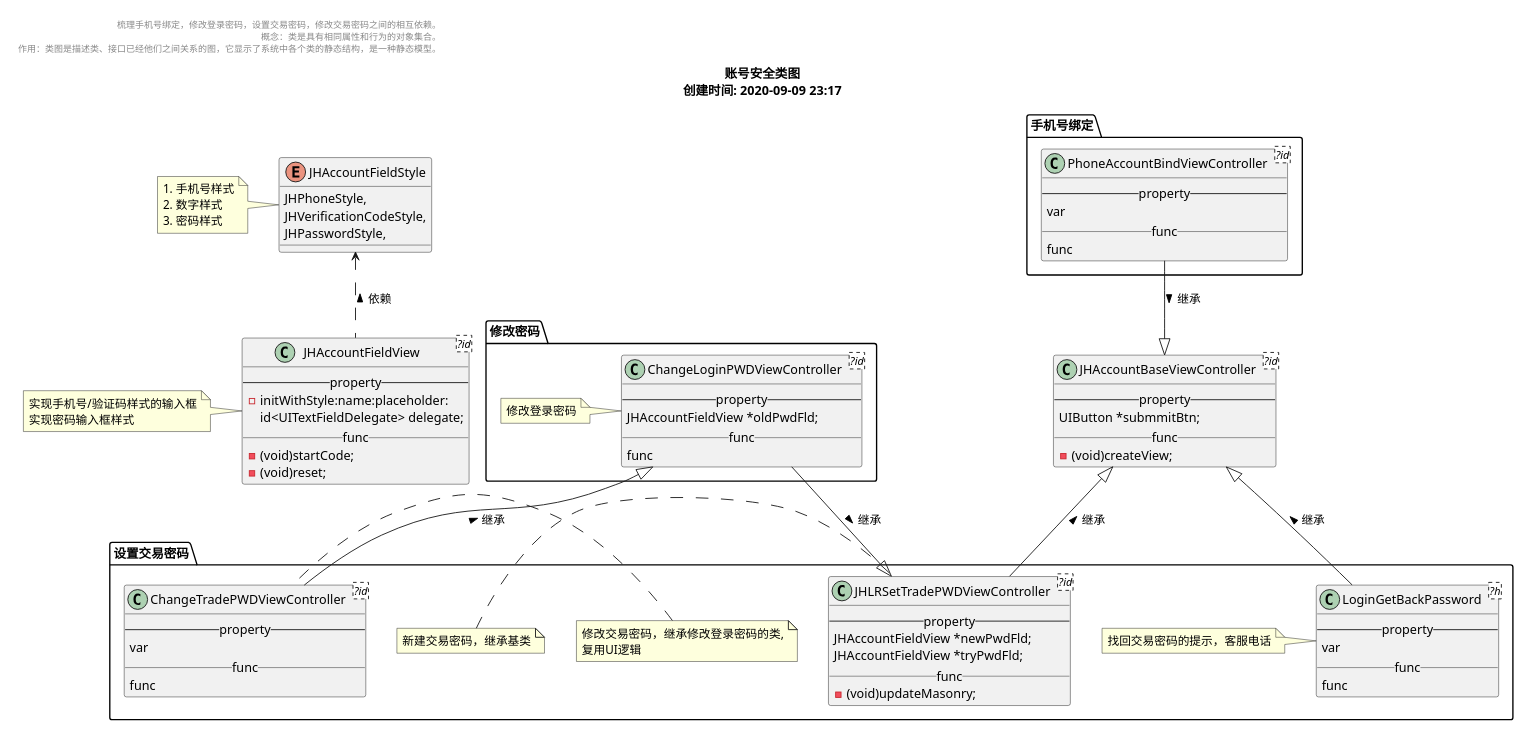
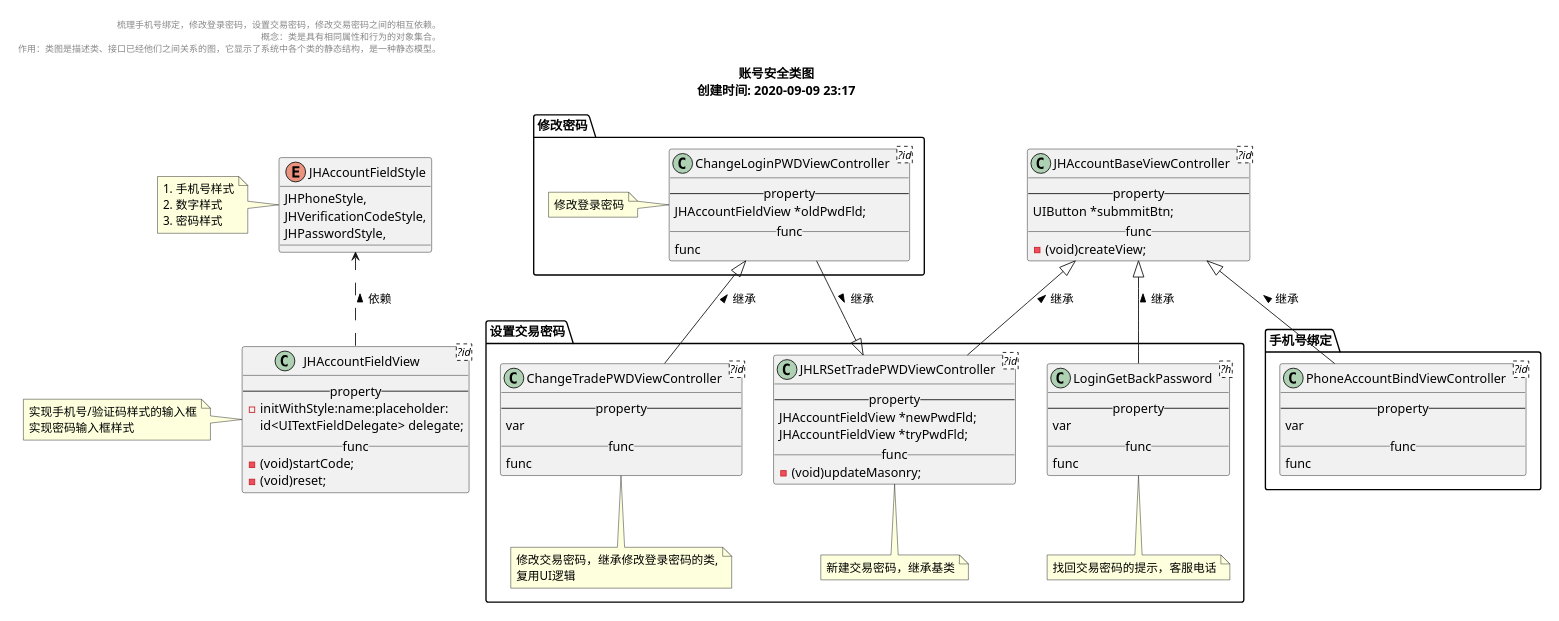
One commit to iT-Boyer/iDocs changed the diagram in uml/skinTheme/account-cls.plantuml. Above: the diagram before and after it, drawn with PlantUML.

Commit message:
功能点：update 问题：

```diff
--- a/uml/skinTheme/account-cls.plantuml
+++ b/uml/skinTheme/account-cls.plantuml
@@ -1,104 +1,104 @@
 @startuml
 scale 0.5
 page 1x1
 title
         账号安全类图
         创建时间: 2020-09-09 23:17
         endtitle
         left header
                 梳理手机号绑定，修改登录密码，设置交易密码，修改交易密码之间的相互依赖。
                 概念：类是具有相同属性和行为的对象集合。
                 作用：类图是描述类、接口已经他们之间关系的图，它显示了系统中各个类的静态结构，是一种静态模型。
         endheader
 
         class "JHAccountBaseViewController" as basevc <?id> {
                 -- property --
                 UIButton *submmitBtn;
                 __func__
                 -(void)createView;
         }
         enum "JHAccountFieldStyle" as style {
                 JHPhoneStyle,
                 JHVerificationCodeStyle,
                 JHPasswordStyle,
         }
         note left of style
                 1. 手机号样式
                 2. 数字样式
                 3. 密码样式
         end note
 
         class "JHAccountFieldView" as afview <?id> {
                 -- property --
                 -initWithStyle:name:placeholder:
                 id<UITextFieldDelegate> delegate;
                 __func__
                 -(void)startCode;
                 -(void)reset;   
         }
         style <.. afview:依赖 <
         note left of afview
                 实现手机号/验证码样式的输入框
                 实现密码输入框样式
         end note
         'type:package，node，folder，frame，cloud，database
         folder "手机号绑定" as phone{
                 class "PhoneAccountBindViewController" as phonevc <?id> {
                         -- property --
                         var
                         __func__
                         func
                 }
-                basevc <|-up- phonevc:继承 <
+                basevc <|-- phonevc:继承 <
         }
         'type:package，node，folder，frame，cloud，database
         folder "修改密码" as change{
                 class "ChangeLoginPWDViewController" as changepwd <?id> {
                         -- property --
                         JHAccountFieldView *oldPwdFld;
                         __func__
                         func
                 }
                 note left of changepwd
                         修改登录密码
                 end note
         }
         'type:package，node，folder，frame，cloud，database
         folder "设置交易密码" as jiaoyi{
                 class "JHLRSetTradePWDViewController" as setjypwd <?id> {
                         -- property --
                         JHAccountFieldView *newPwdFld;
                         JHAccountFieldView *tryPwdFld;
                         __func__
                         -(void)updateMasonry;
                 }
                 class "ChangeTradePWDViewController" as changejypwd <?id> {
                         -- property --
                         var
                         __func__
                         func
                 }
                 class "LoginGetBackPassword" as findjypwd <?h> {
                         -- property --
                         var
                         __func__
                         func
                 }
-                note left of setjypwd
+                note bottom of setjypwd
                         新建交易密码，继承基类
                 end note
-                note left of changejypwd
+                note bottom of changejypwd
                         修改交易密码，继承修改登录密码的类,
                         复用UI逻辑
                 end note
-                note left of findjypwd
+                note bottom of findjypwd
                         找回交易密码的提示，客服电话
                 end note
 
                 basevc <|-- setjypwd:继承 <
                 setjypwd <|-- changepwd:继承 <
                 changepwd <|-- changejypwd:继承 <
                 basevc <|-- findjypwd:继承 <
 
         }
         @enduml
```
